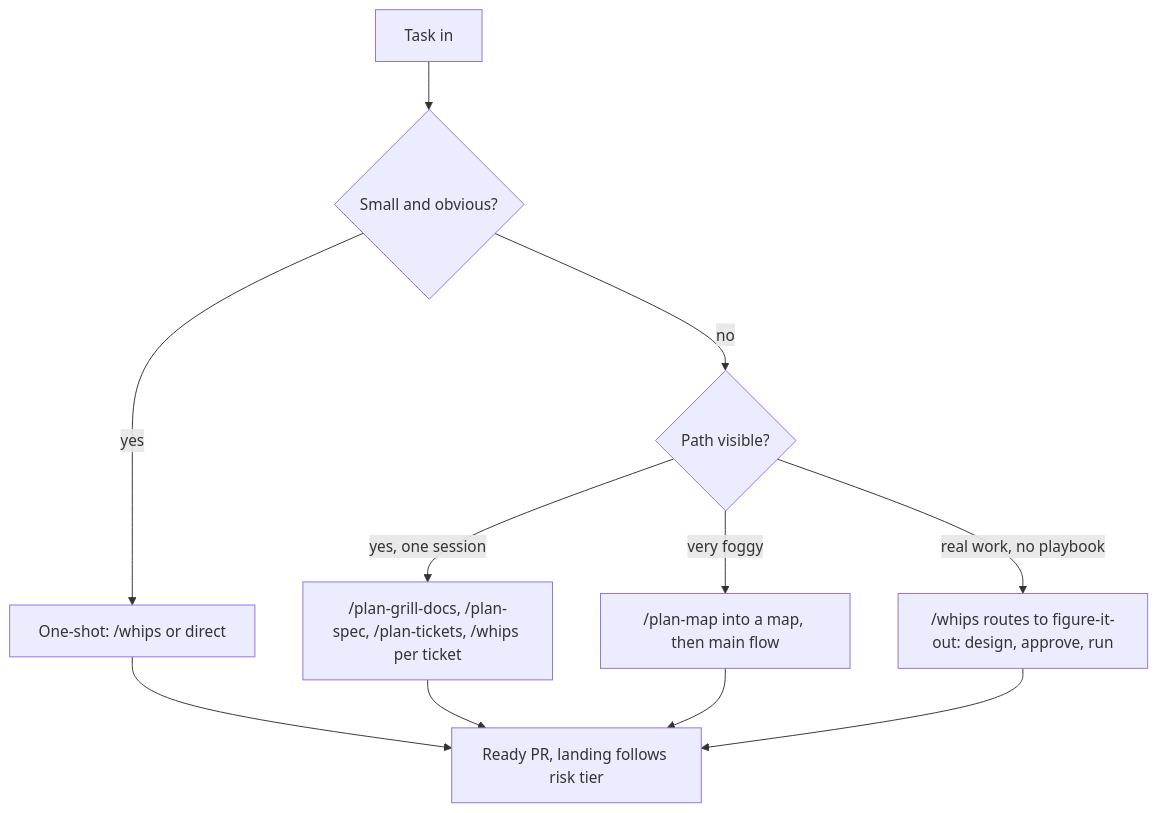
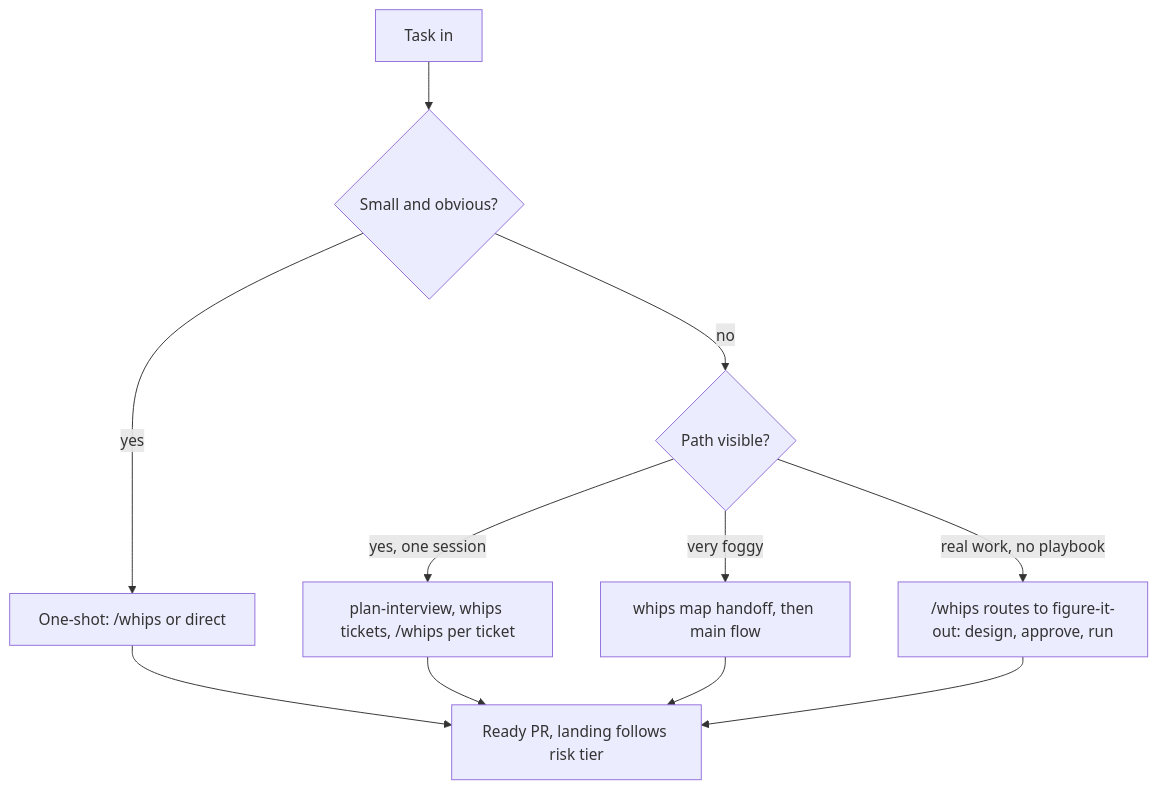
The first of 6 diagrams in skills/user-invoked/guide/COOKBOOK.md (TudeOrangBiasa/skills-for-agents), drawn with Mermaid before and after one commit. The commit also changed other lines of this file and 40 other files, not shown here.

Commit message:
docs: repoint router, aliases, setup, and stubs at whips-first flow

````diff
--- a/skills/user-invoked/guide/COOKBOOK.md
+++ b/skills/user-invoked/guide/COOKBOOK.md
@@ -13,13 +13,13 @@
 ```mermaid
 flowchart TD
     T["Task in"] --> Q1{"Small and obvious?"}
     Q1 -->|yes| ONE["One-shot: /whips or direct"]
     Q1 -->|no| Q2{"Path visible?"}
-    Q2 -->|"yes, one session"| IDEA["/plan-grill-docs, /plan-spec, /plan-tickets, /whips per ticket"]
-    Q2 -->|"very foggy"| WAY["/plan-map into a map, then main flow"]
+    Q2 -->|"yes, one session"| IDEA["plan-interview, whips tickets, /whips per ticket"]
+    Q2 -->|"very foggy"| WAY["whips map handoff, then main flow"]
     Q2 -->|"real work, no playbook"| FIG["/whips routes to figure-it-out: design, approve, run"]
     ONE --> PR["Ready PR, landing follows risk tier"]
     IDEA --> PR
     WAY --> PR
     FIG --> PR
 ```
````
